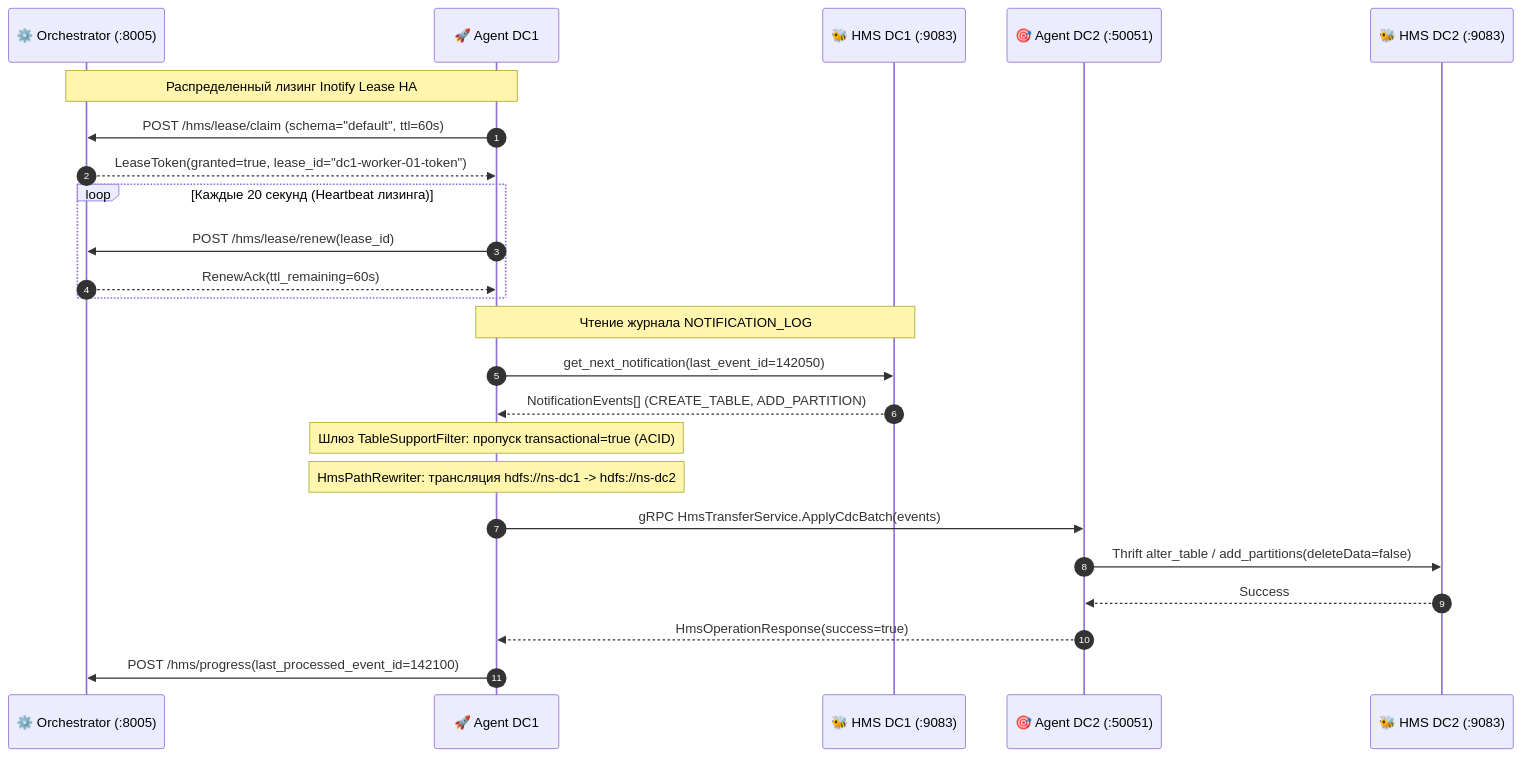
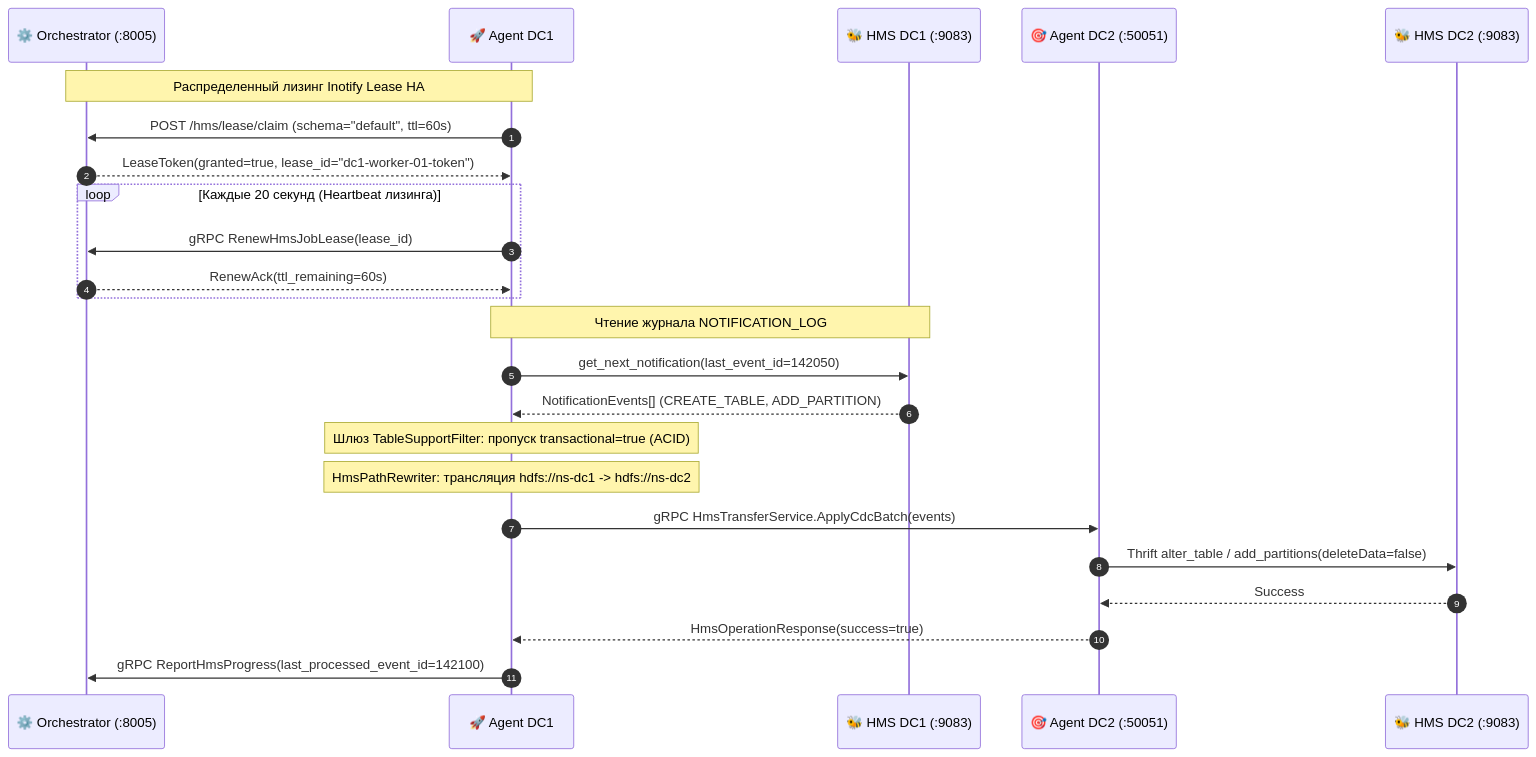
One commit to balookrd/hadoop-explorer changed the second of 3 diagrams in docs/replicator-presentation.md. Above: the diagram before and after it, drawn with Mermaid. The commit also changed other lines of this file and 7 other files, not shown here.

````diff
--- a/docs/replicator-presentation.md
+++ b/docs/replicator-presentation.md
@@ -286,31 +286,31 @@
 ```mermaid
 sequenceDiagram
     autonumber
     participant Orch as ⚙️ Orchestrator (:8005)
     participant A1 as 🚀 Agent DC1
     participant HMS1 as 🐝 HMS DC1 (:9083)
     participant A2 as 🎯 Agent DC2 (:50051)
     participant HMS2 as 🐝 HMS DC2 (:9083)
 
     Note over A1,Orch: Распределенный лизинг Inotify Lease HA
     A1->>Orch: POST /hms/lease/claim (schema="default", ttl=60s)
     Orch-->>A1: LeaseToken(granted=true, lease_id="dc1-worker-01-token")
 
     loop Каждые 20 секунд (Heartbeat лизинга)
-        A1->>Orch: POST /hms/lease/renew(lease_id)
+        A1->>Orch: gRPC RenewHmsJobLease(lease_id)
         Orch-->>A1: RenewAck(ttl_remaining=60s)
     end
 
     Note over A1,HMS1: Чтение журнала NOTIFICATION_LOG
     A1->>HMS1: get_next_notification(last_event_id=142050)
     HMS1-->>A1: NotificationEvents[] (CREATE_TABLE, ADD_PARTITION)
 
     Note over A1: Шлюз TableSupportFilter: пропуск transactional=true (ACID)
     Note over A1: HmsPathRewriter: трансляция hdfs://ns-dc1 -> hdfs://ns-dc2
 
     A1->>A2: gRPC HmsTransferService.ApplyCdcBatch(events)
     A2->>HMS2: Thrift alter_table / add_partitions(deleteData=false)
     HMS2-->>A2: Success
     A2-->>A1: HmsOperationResponse(success=true)
-    A1->>Orch: POST /hms/progress(last_processed_event_id=142100)
+    A1->>Orch: gRPC ReportHmsProgress(last_processed_event_id=142100)
 ```
````
